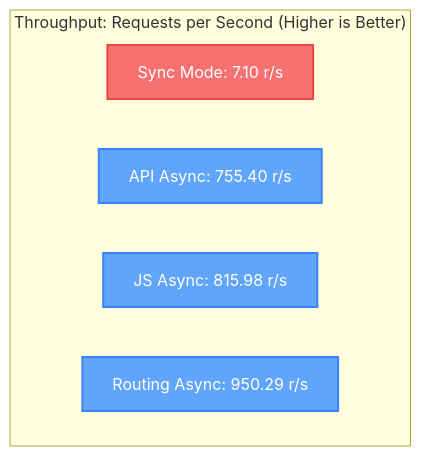
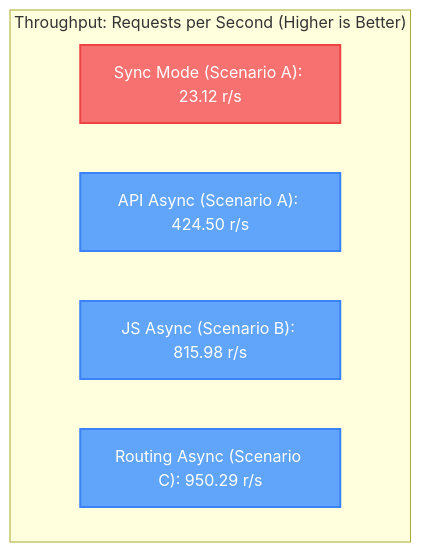
Before and after one commit to hstptcn5/Goflow: the first of 2 diagrams in README.md, drawn with Mermaid. The commit also changed other lines of this file, not shown here.

````diff
--- a/README.md
+++ b/README.md
@@ -73,13 +73,13 @@
 ```mermaid
 graph TD
     classDef sync fill:#f87171,stroke:#ef4444,stroke-width:2px,color:#fff;
     classDef async fill:#60a5fa,stroke:#3b82f6,stroke-width:2px,color:#fff;
 
     subgraph Throughput Comparison ["Throughput: Requests per Second (Higher is Better)"]
         direction LR
-        Sync["Sync Mode: 7.10 r/s"]:::sync
-        AsyncA["API Async: 755.40 r/s"]:::async
-        AsyncB["JS Async: 815.98 r/s"]:::async
-        AsyncC["Routing Async: 950.29 r/s"]:::async
+        Sync["Sync Mode (Scenario A): 23.12 r/s"]:::sync
+        AsyncA["API Async (Scenario A): 424.50 r/s"]:::async
+        AsyncB["JS Async (Scenario B): 815.98 r/s"]:::async
+        AsyncC["Routing Async (Scenario C): 950.29 r/s"]:::async
     end
 ```
````
